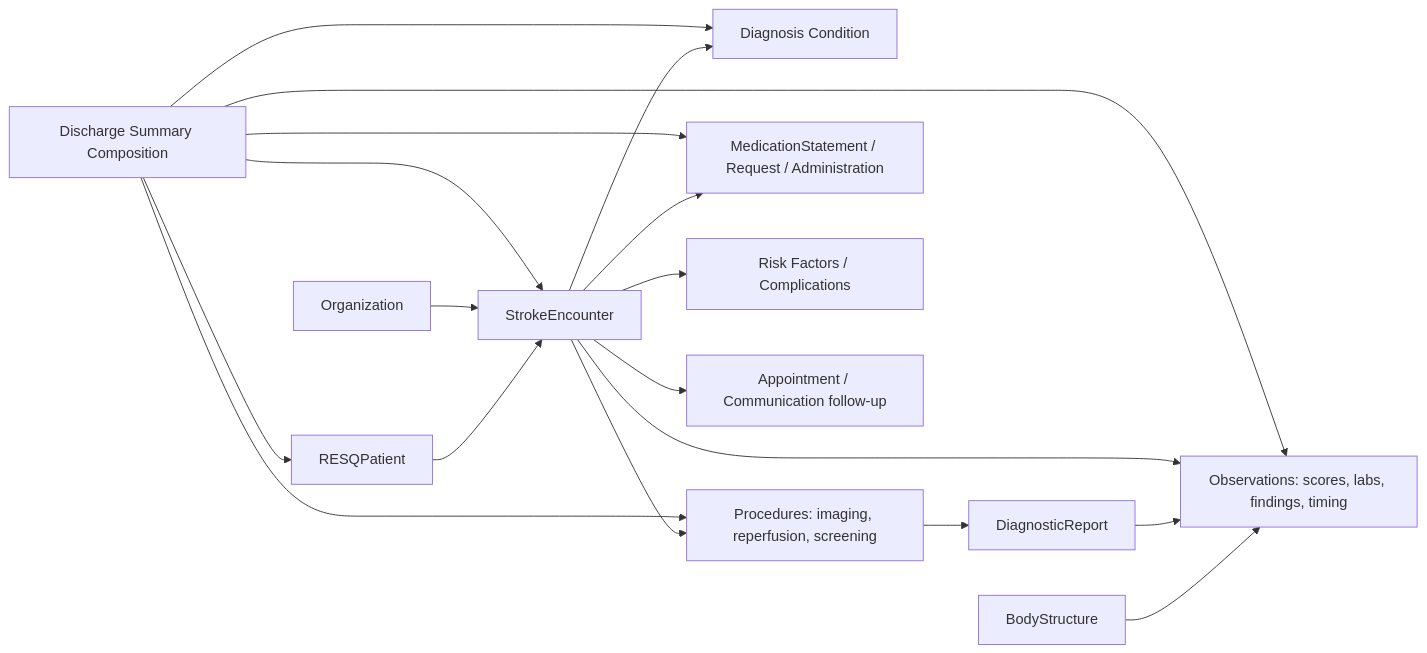
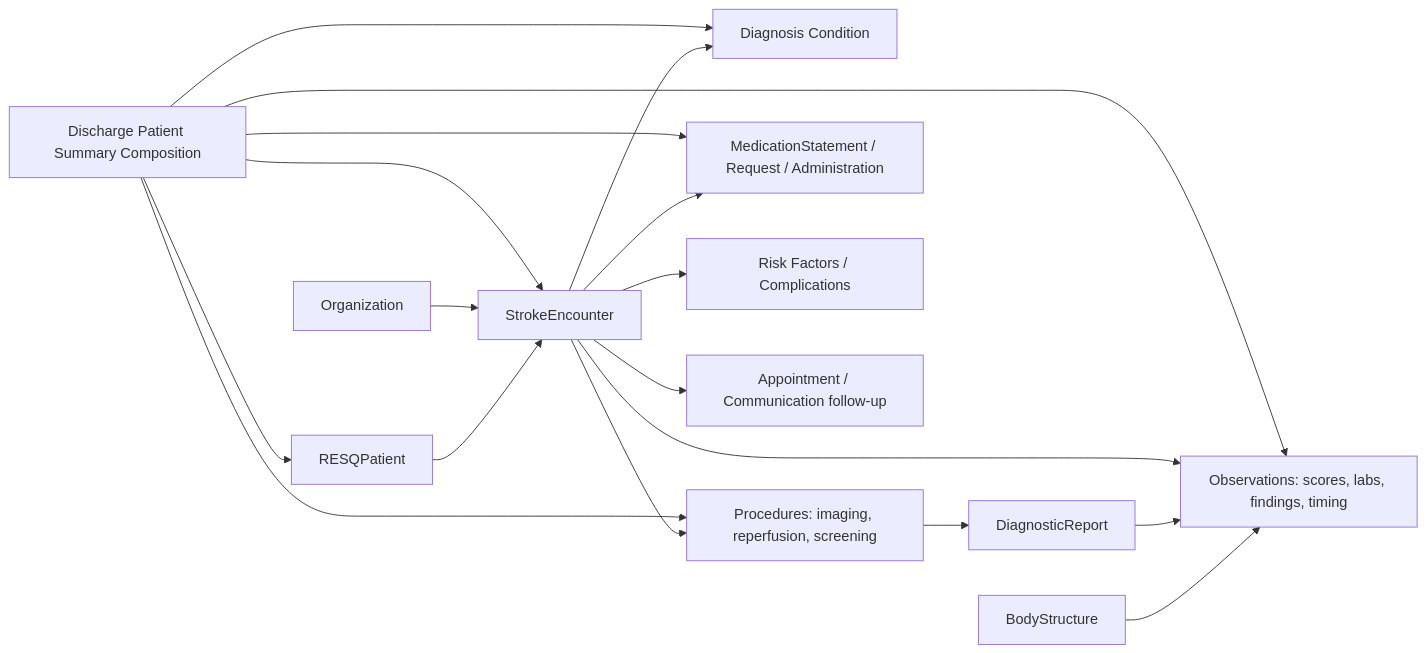
One commit to tecnomod-um/RESQFHIRIG changed the diagram in input/pagecontent/index.md. Above: the diagram before and after it, drawn with Mermaid. The commit also changed other lines of this file and 11 other files, not shown here.

````diff
--- a/input/pagecontent/index.md
+++ b/input/pagecontent/index.md
@@ -50,20 +48,20 @@
 ```mermaid
 flowchart LR
-  Comp["Discharge Summary Composition"] --> Pat
+  Comp["Discharge Patient Summary Composition"] --> Pat
   Comp --> Enc
   Comp --> Dx
   Comp --> Obs
   Comp --> Proc
   Comp --> Med
   Org["Organization"] --> Enc["StrokeEncounter"]
   Pat["RESQPatient"] --> Enc
   Enc --> Dx["Diagnosis Condition"]
   Enc --> Risk["Risk Factors / Complications"]
   Enc --> Obs["Observations: scores, labs, findings, timing"]
   Enc --> Proc["Procedures: imaging, reperfusion, screening"]
   Proc --> Rep["DiagnosticReport"]
   Rep --> Obs
   Enc --> Med["MedicationStatement / Request / Administration"]
   Enc --> Fu["Appointment / Communication follow-up"]
   Body["BodyStructure"] --> Obs
 ```
````
